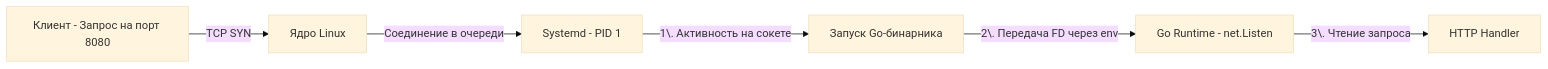
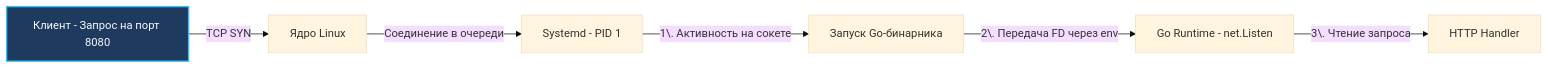
One commit to UnrealTemplier/go-textbook changed the second of 2 diagrams in sources/19. Инфраструктура. Linux, nginx, Docker, Kubernetes/01. Linux/5. Systemd и управление сервисами.md. Above: the diagram before and after it, drawn with Mermaid (base theme). The commit also changed other lines of this file and 1666 other files, not shown here.

First line of the commit message:
feat(mermaid): add semantic color classDef to 1369 colorless flowchart/graph diagrams

````diff
--- a/sources/19. Инфраструктура. Linux, nginx, Docker, Kubernetes/01. Linux/5. Systemd и управление сервисами.md
+++ b/sources/19. Инфраструктура. Linux, nginx, Docker, Kubernetes/01. Linux/5. Systemd и управление сервисами.md
@@ -205,8 +215,18 @@
 ```mermaid
 flowchart LR
-    A["Клиент - Запрос на порт 8080"] -->|"TCP SYN"| B["Ядро Linux"]
+    classDef process  fill:#1e293b,stroke:#38bdf8,stroke-width:1px,color:#f8fafc
+    classDef success  fill:#064e3b,stroke:#34d399,stroke-width:1px,color:#f8fafc
+    classDef error    fill:#7f1d1d,stroke:#f87171,stroke-width:1px,color:#f8fafc
+    classDef warning  fill:#78350f,stroke:#fbbf24,stroke-width:1px,color:#f8fafc
+    classDef entry    fill:#1e3a5f,stroke:#38bdf8,stroke-width:2px,color:#f8fafc
+    classDef aux      fill:#334155,stroke:#64748b,stroke-width:1px,color:#f8fafc
+    classDef system   fill:#312e81,stroke:#a78bfa,stroke-width:1px,color:#f8fafc
+    classDef data     fill:#132d29,stroke:#2dd4bf,stroke-width:1px,color:#f8fafc
+    classDef network  fill:#881337,stroke:#fb7185,stroke-width:1px,color:#f8fafc
+    classDef accent   fill:#1e1b4b,stroke:#818cf8,stroke-width:1px,color:#f8fafc
+    A["Клиент - Запрос на порт 8080"]:::entry -->|"TCP SYN"| B["Ядро Linux"]
     B -->|"Соединение в очереди"| C["Systemd - PID 1"]
     C -->|"1\. Активность на сокете"| D["Запуск Go-бинарника"]
     D -->|"2\. Передача FD через env"| E["Go Runtime - net.Listen"]
     E -->|"3\. Чтение запроса"| F["HTTP Handler"]
 ```
````
